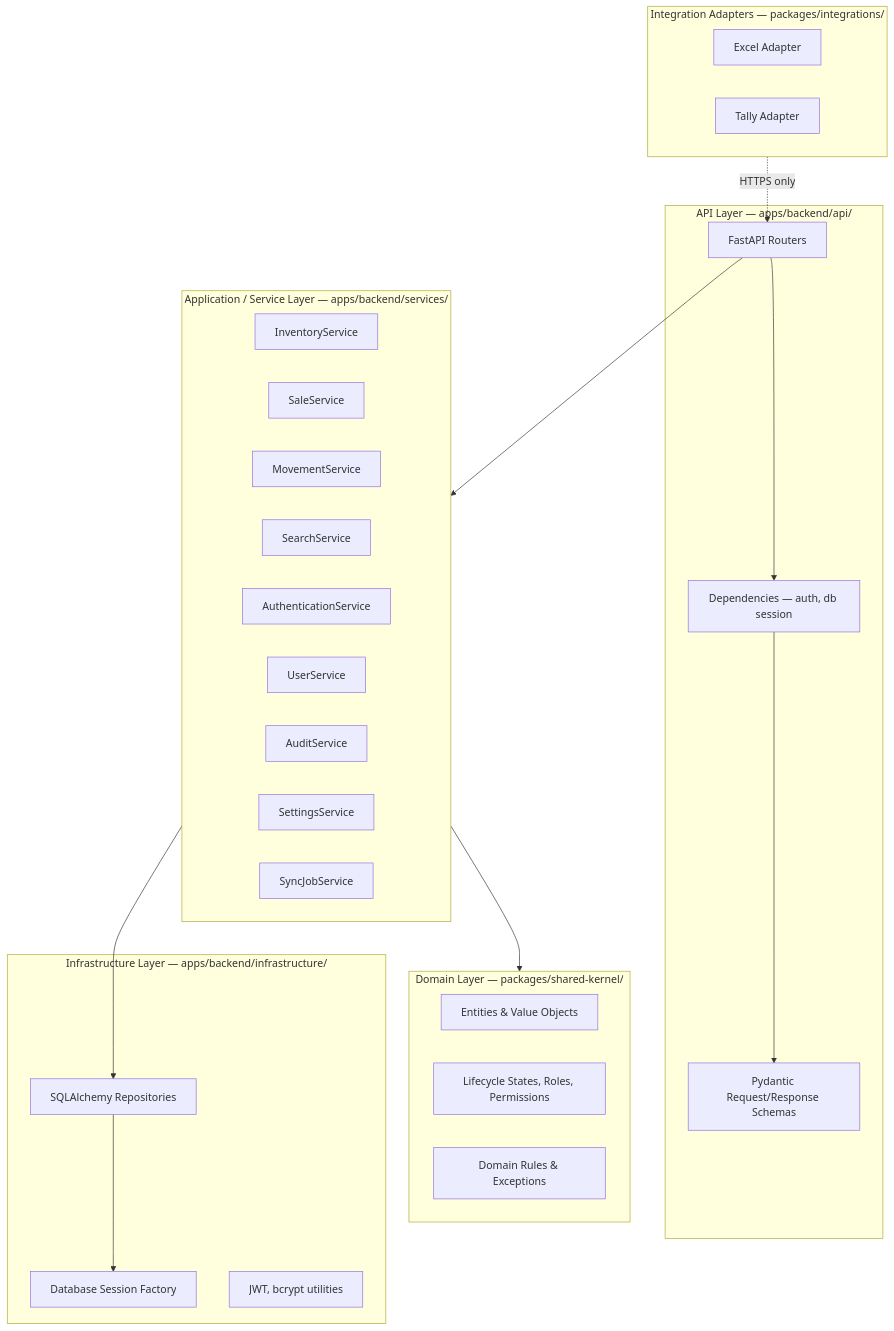
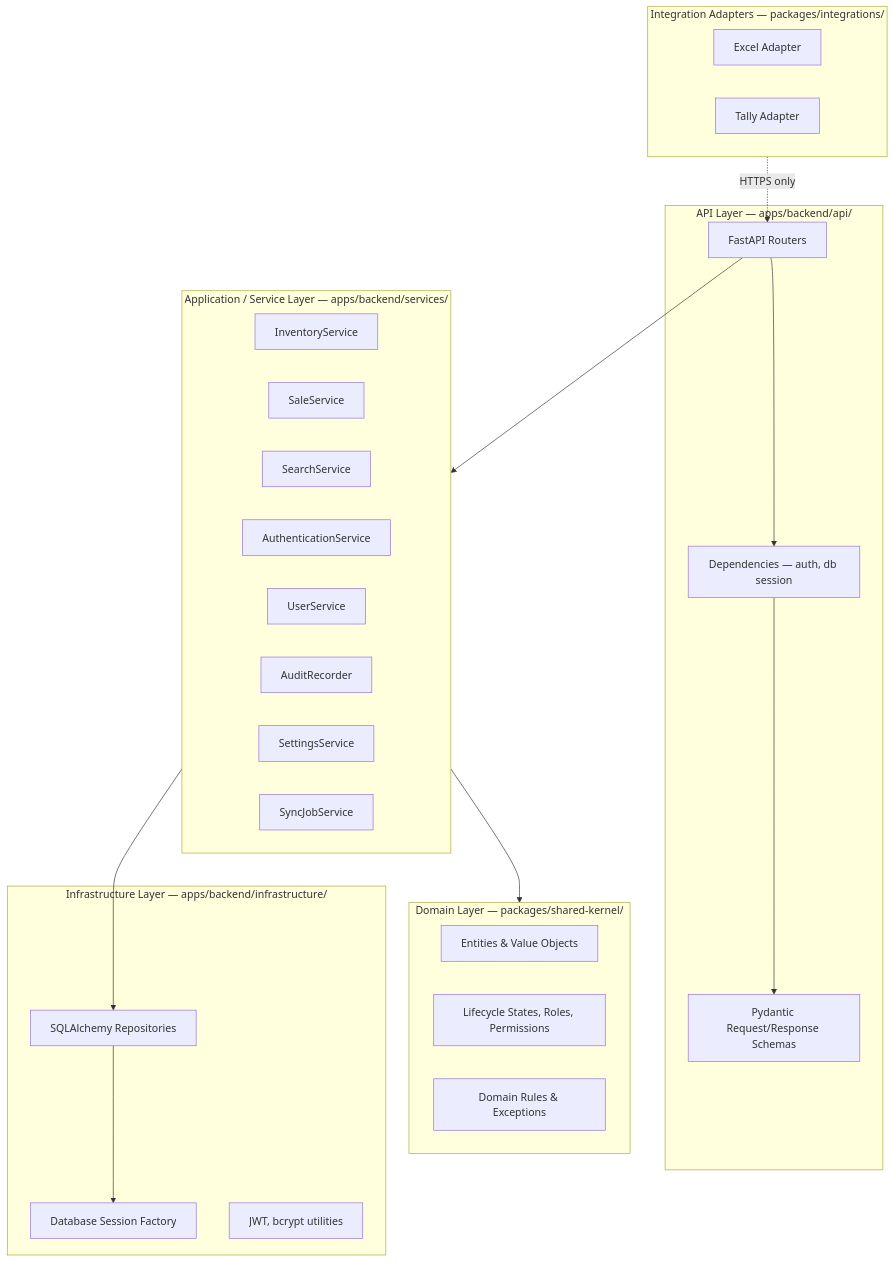
The seventh of 21 diagrams in docs/SYSTEM_ARCHITECTURE.md (gptsmarth/Webstudio-IMS), drawn with Mermaid before and after one commit. The commit also changed other lines of this file and 44 other files, not shown here.

````diff
--- a/docs/SYSTEM_ARCHITECTURE.md
+++ b/docs/SYSTEM_ARCHITECTURE.md
@@ -588,44 +595,43 @@
 ```mermaid
 flowchart TB
     subgraph API["API Layer — apps/backend/api/"]
         ROUTERS[FastAPI Routers]
         DEPS[Dependencies — auth, db session]
         SCHEMAS[Pydantic Request/Response Schemas]
     end
 
     subgraph APP["Application / Service Layer — apps/backend/services/"]
         INV_SVC[InventoryService]
         SALE_SVC[SaleService]
-        MOV_SVC[MovementService]
         SRCH_SVC[SearchService]
         AUTH_SVC[AuthenticationService]
         USER_SVC[UserService]
-        AUDIT_SVC[AuditService]
+        AUDIT_SVC[AuditRecorder]
         SETTINGS_SVC[SettingsService]
         SYNC_SVC[SyncJobService]
     end
 
     subgraph DOMAIN["Domain Layer — packages/shared-kernel/"]
         ENTITIES[Entities & Value Objects]
         ENUMS[Lifecycle States, Roles, Permissions]
         RULES[Domain Rules & Exceptions]
     end
 
     subgraph INFRA["Infrastructure Layer — apps/backend/infrastructure/"]
         REPOS[SQLAlchemy Repositories]
         DB[Database Session Factory]
         SECURITY[JWT, bcrypt utilities]
     end
 
     subgraph ADAPTERS["Integration Adapters — packages/integrations/"]
         EXCEL_ADP[Excel Adapter]
         TALLY_ADP[Tally Adapter]
     end
 
     ROUTERS --> DEPS --> SCHEMAS
     ROUTERS --> APP
     APP --> DOMAIN
     APP --> REPOS
     REPOS --> DB
     ADAPTERS -.->|HTTPS only| ROUTERS
 ```
````
